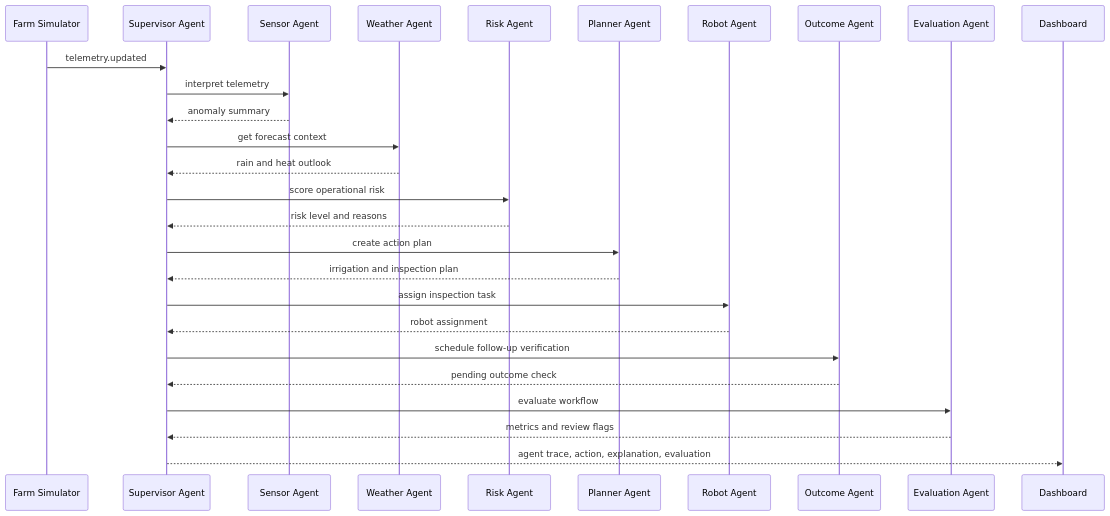
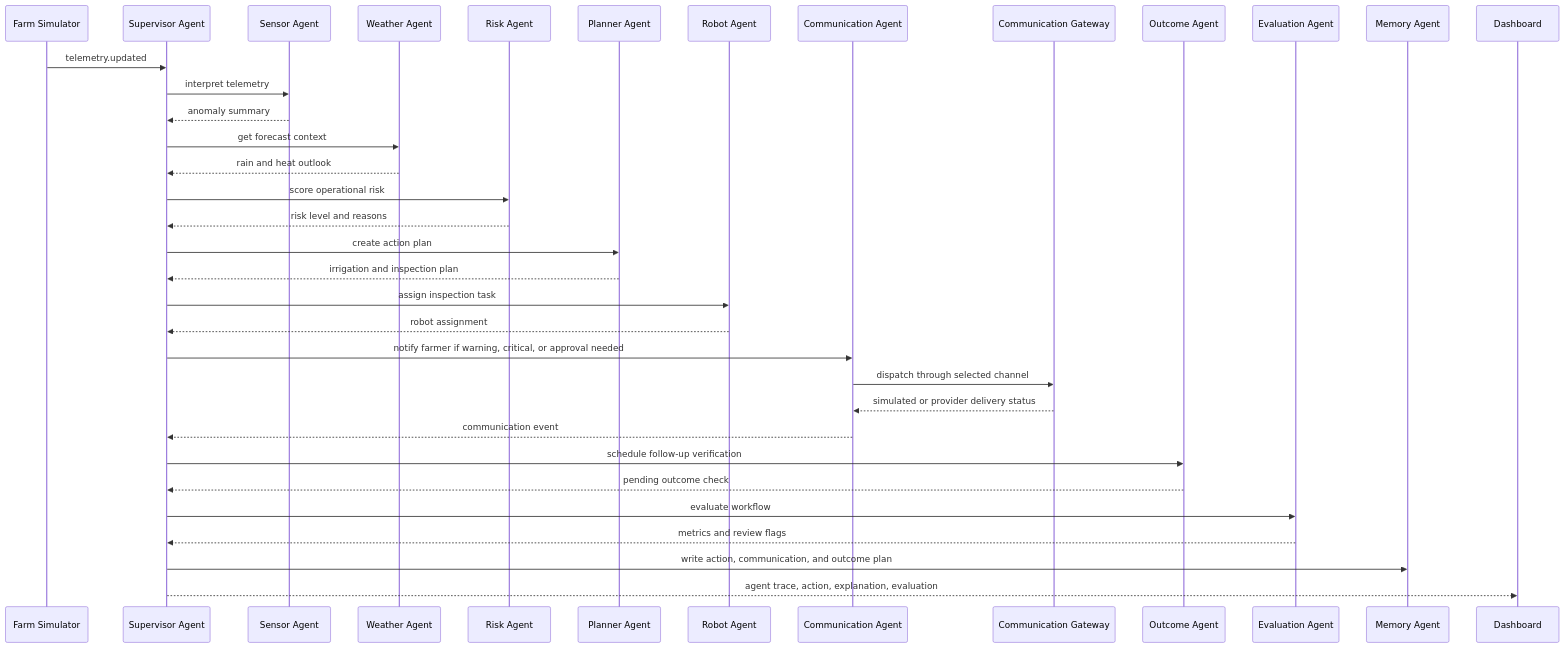
The third of 4 diagrams in ARCHITECTURE.md (umang6287/AgroOS), drawn with Mermaid before and after one commit. The commit also changed other lines of this file and 1 other file, not shown here.

Commit message:
Fix agent architecture communication flow

````diff
--- a/ARCHITECTURE.md
+++ b/ARCHITECTURE.md
@@ -155,30 +160,38 @@
 ```mermaid
 sequenceDiagram
   participant Sim as Farm Simulator
   participant Sup as Supervisor Agent
   participant Sensor as Sensor Agent
   participant Weather as Weather Agent
   participant Risk as Risk Agent
   participant Planner as Planner Agent
   participant Robot as Robot Agent
+  participant Comms as Communication Agent
+  participant Gateway as Communication Gateway
   participant Outcome as Outcome Agent
   participant Eval as Evaluation Agent
+  participant Memory as Memory Agent
   participant UI as Dashboard
 
   Sim->>Sup: telemetry.updated
   Sup->>Sensor: interpret telemetry
   Sensor-->>Sup: anomaly summary
   Sup->>Weather: get forecast context
   Weather-->>Sup: rain and heat outlook
   Sup->>Risk: score operational risk
   Risk-->>Sup: risk level and reasons
   Sup->>Planner: create action plan
   Planner-->>Sup: irrigation and inspection plan
   Sup->>Robot: assign inspection task
   Robot-->>Sup: robot assignment
+  Sup->>Comms: notify farmer if warning, critical, or approval needed
+  Comms->>Gateway: dispatch through selected channel
+  Gateway-->>Comms: simulated or provider delivery status
+  Comms-->>Sup: communication event
   Sup->>Outcome: schedule follow-up verification
   Outcome-->>Sup: pending outcome check
   Sup->>Eval: evaluate workflow
   Eval-->>Sup: metrics and review flags
+  Sup->>Memory: write action, communication, and outcome plan
   Sup-->>UI: agent trace, action, explanation, evaluation
 ```
````
